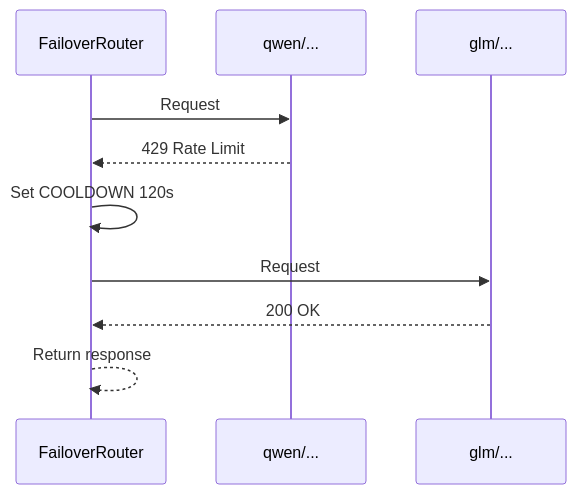
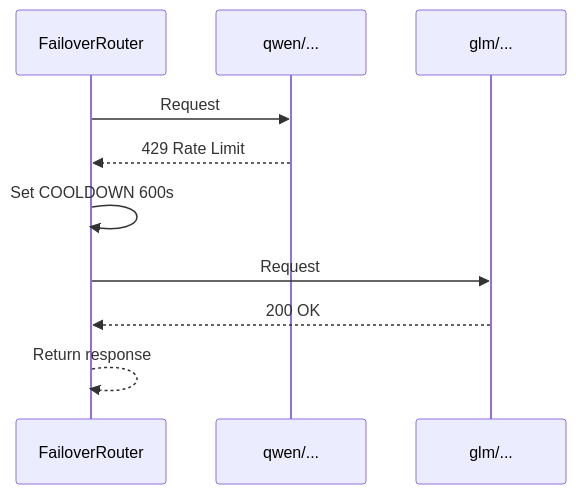
The fourth of 4 diagrams in docs/how-it-works.md (tokkkie/free-model-router), drawn with Mermaid before and after one commit. The commit also changed other lines of this file and 8 other files, not shown here.

````diff
--- a/docs/how-it-works.md
+++ b/docs/how-it-works.md
@@ -151,13 +151,13 @@
 ```mermaid
 sequenceDiagram
     participant FR as FailoverRouter
     participant qwen as qwen/...
     participant glm as glm/...
 
     FR->>qwen: Request
     qwen-->>FR: 429 Rate Limit
-    FR->>FR: Set COOLDOWN 120s
+    FR->>FR: Set COOLDOWN 600s
     FR->>glm: Request
     glm-->>FR: 200 OK
     FR-->>FR: Return response
 ```
````
